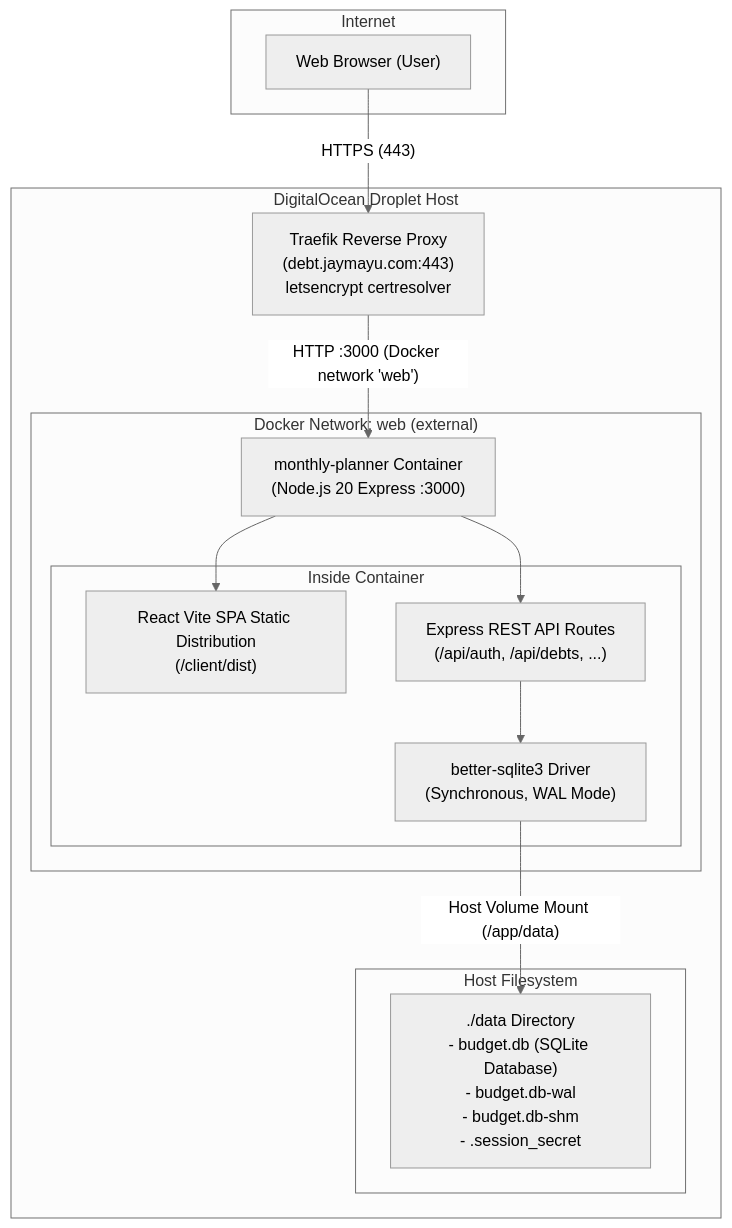
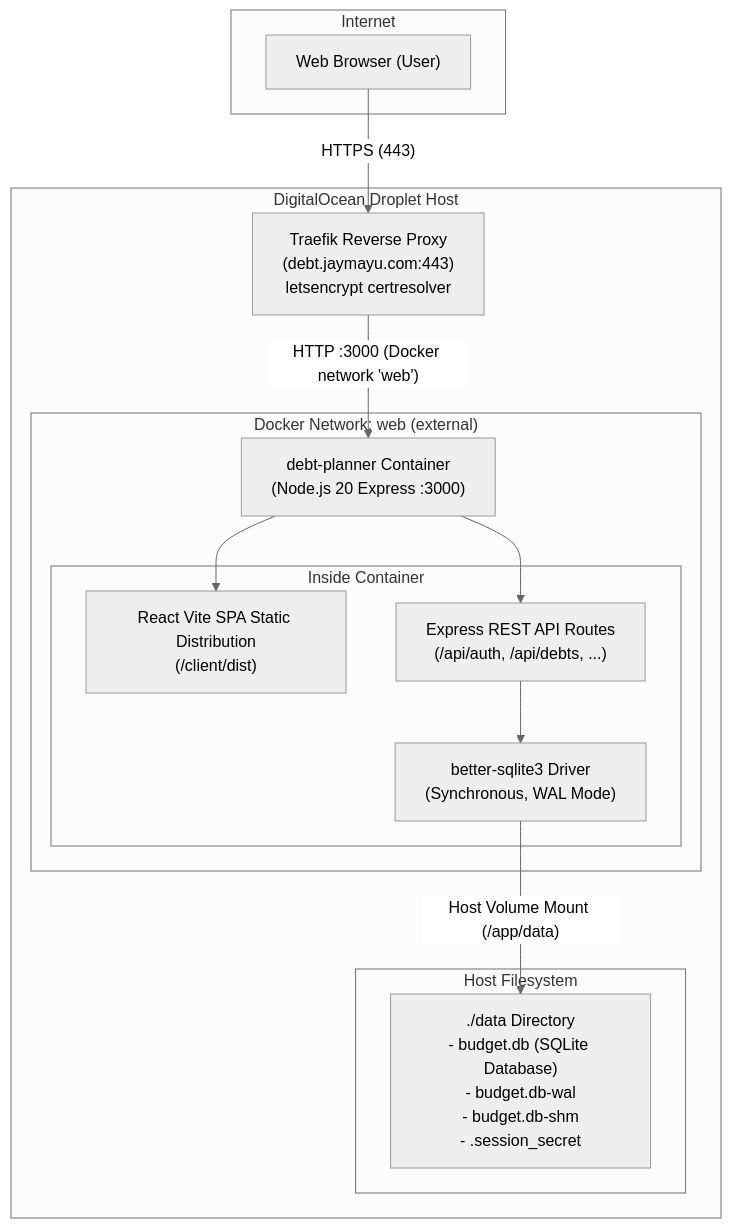
The diagram in README.md (mayooresan/debt-tracking), drawn with Mermaid (neutral theme) before and after one commit. The commit also changed other lines of this file and 2 other files, not shown here.

Commit message:
fix(docker): rename container and service to debt-planner to avoid name collisions

````diff
--- a/README.md
+++ b/README.md
@@ -26,30 +26,30 @@
 ```mermaid
 flowchart TD
     subgraph Internet
         UserBrowser["Web Browser (User)"]
     end
 
     subgraph DropletHost["DigitalOcean Droplet Host"]
         Traefik["Traefik Reverse Proxy<br/>(debt.jaymayu.com:443)<br/>letsencrypt certresolver"]
         
         subgraph DockerBridge["Docker Network: web (external)"]
-            AppContainer["monthly-planner Container<br/>(Node.js 20 Express :3000)"]
+            AppContainer["debt-planner Container<br/>(Node.js 20 Express :3000)"]
             subgraph ContainerInternals["Inside Container"]
                 StaticSPA["React Vite SPA Static Distribution<br/>(/client/dist)"]
                 API["Express REST API Routes<br/>(/api/auth, /api/debts, ...)"]
                 SQLiteLib["better-sqlite3 Driver<br/>(Synchronous, WAL Mode)"]
             end
         end
 
         subgraph PersistentHostStorage["Host Filesystem"]
             DataVol["./data Directory<br/>- budget.db (SQLite Database)<br/>- budget.db-wal<br/>- budget.db-shm<br/>- .session_secret"]
         end
     end
 
     UserBrowser -->|"HTTPS (443)"| Traefik
     Traefik -->|"HTTP :3000 (Docker network 'web')"| AppContainer
     AppContainer --> StaticSPA
     AppContainer --> API
     API --> SQLiteLib
     SQLiteLib -->|"Host Volume Mount (/app/data)"| DataVol
 ```
````
